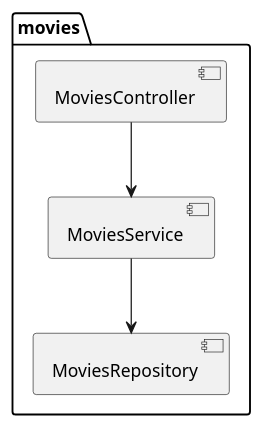
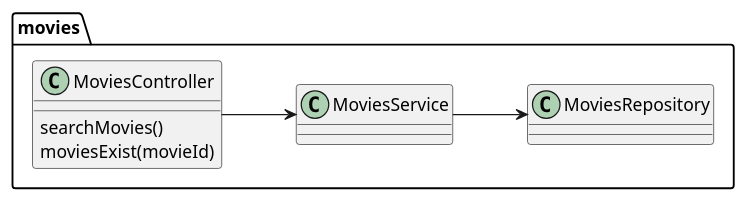
Before and after one commit to mannercode/mannercode.github.io: diagram 16 of 16 in _posts/2025-06-01-backend-design-3.md, drawn with PlantUML. The commit also changed other lines of this file and 11 other files, not shown here.

Commit message:
Remove outdated UML diagrams and associated SVG files for MoviesController, MoviesService, and MoviesRepository. These files are no longer needed as part of the project documentation.

```diff
--- a/_posts/2025-06-01-backend-design-3.md
+++ b/_posts/2025-06-01-backend-design-3.md
@@ -785,11 +781,17 @@
 {% plantuml %}
 @startuml
+left to right direction
+
 package movies {
-    [MoviesController]
-    [MoviesService]
-    [MoviesRepository]
+    class MoviesController{
+        searchMovies()
+        moviesExist(movieId)
+    }
+    class MoviesService
+    class MoviesRepository
 }
-[MoviesController] --> [MoviesService]
-[MoviesService] --> [MoviesRepository]
+
+MoviesController --> MoviesService
+MoviesService --> MoviesRepository
 @enduml
 {% endplantuml %}
```
